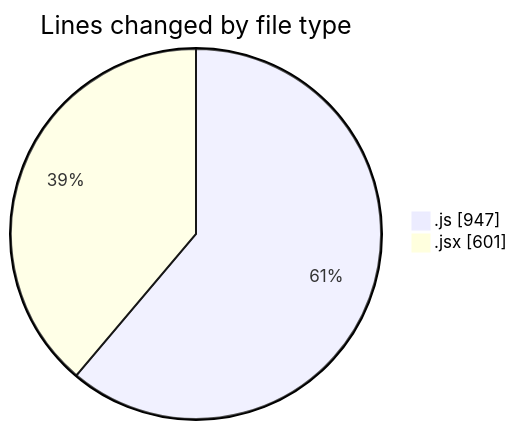
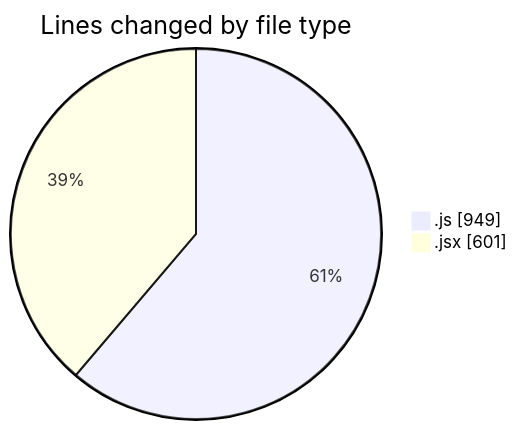
The first of 2 diagrams in 2025-08-07/nxtqube_webapp/README.md (nxtqubesakshisongat/code-tracking), drawn with Mermaid before and after one commit. The commit also changed other lines of this file and 1 other file, not shown here.

````diff
--- a/2025-08-07/nxtqube_webapp/README.md
+++ b/2025-08-07/nxtqube_webapp/README.md
@@ -23,6 +23,6 @@
 ```mermaid
 pie showData
 title Lines changed by file type
-".js" : 947
+".js" : 949
 ".jsx" : 601
 ```
````
